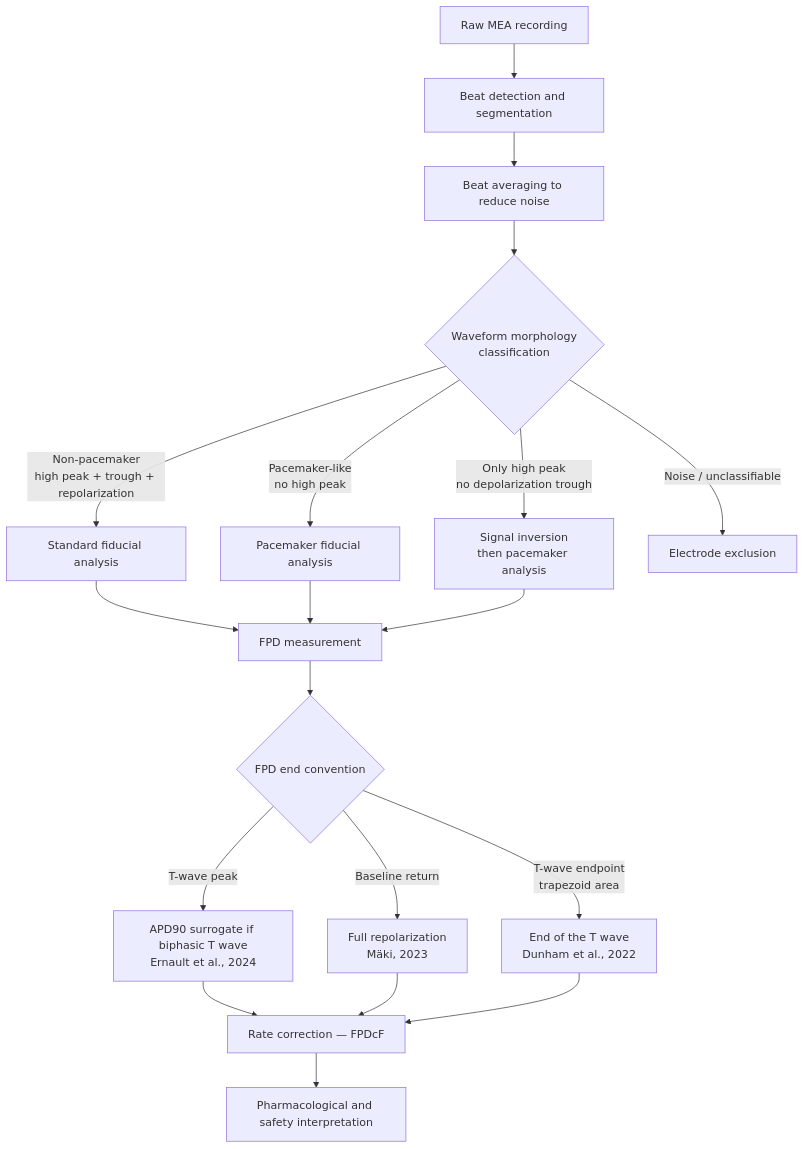
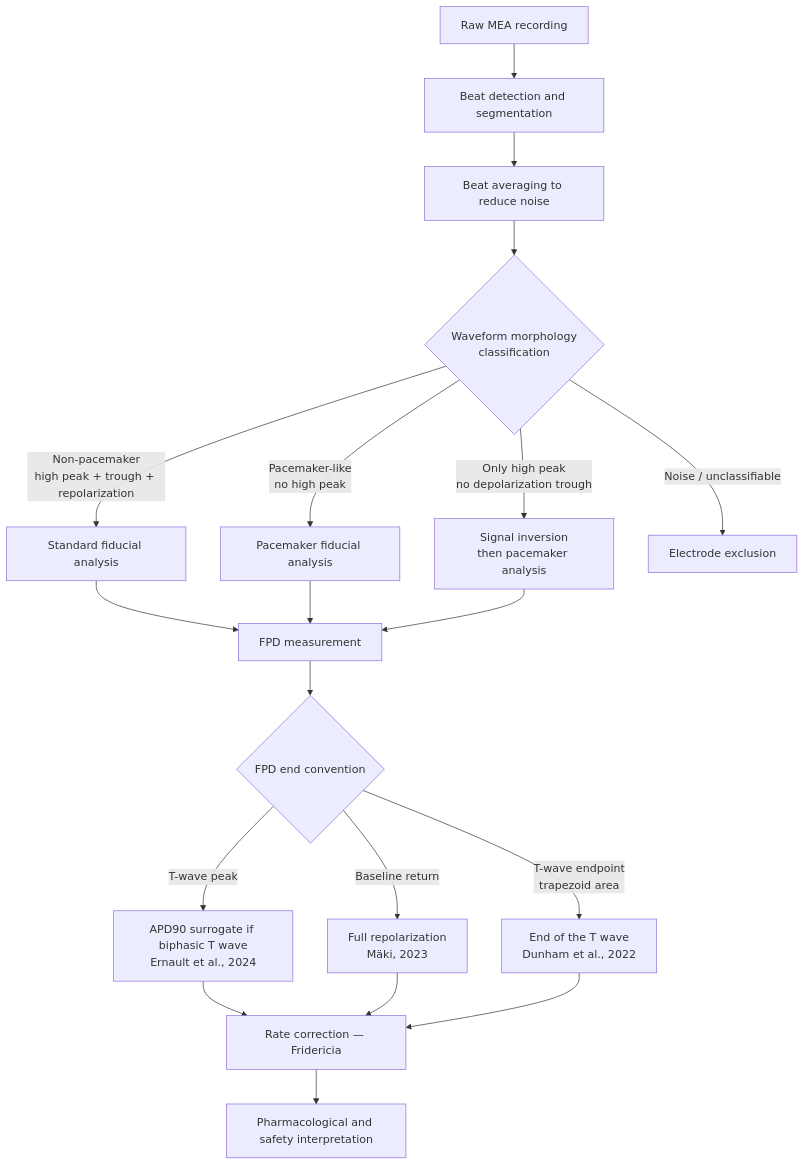
The second of 2 diagrams in main.md (AnaHill/MEA_review_llm_wiki), drawn with Mermaid before and after one commit. The commit also changed other lines of this file and 3 other files, not shown here.

````diff
--- a/main.md
+++ b/main.md
@@ -159,21 +149,21 @@
 ```mermaid
 flowchart TD
     A[Raw MEA recording] --> B[Beat detection and segmentation]
     B --> C[Beat averaging to reduce noise]
     C --> D{Waveform morphology\nclassification}
     D -->|Non-pacemaker\nhigh peak + trough + repolarization| E[Standard fiducial analysis]
     D -->|Pacemaker-like\nno high peak| F[Pacemaker fiducial analysis]
     D -->|Only high peak\nno depolarization trough| G[Signal inversion\nthen pacemaker analysis]
     D -->|Noise / unclassifiable| H[Electrode exclusion]
     E --> I[FPD measurement]
     F --> I
     G --> I
     I --> J{FPD end convention}
     J -->|T-wave peak| K[APD90 surrogate if biphasic T wave\nErnault et al., 2024]
     J -->|Baseline return| L[Full repolarization\nMäki, 2023]
     J -->|T-wave endpoint\ntrapezoid area| P[End of the T wave\nDunham et al., 2022]
-    K --> M[Rate correction — FPDcF]
+    K --> M[Rate correction — Fridericia]
     L --> M
     P --> M
     M --> N[Pharmacological and safety interpretation]
 ```
````
